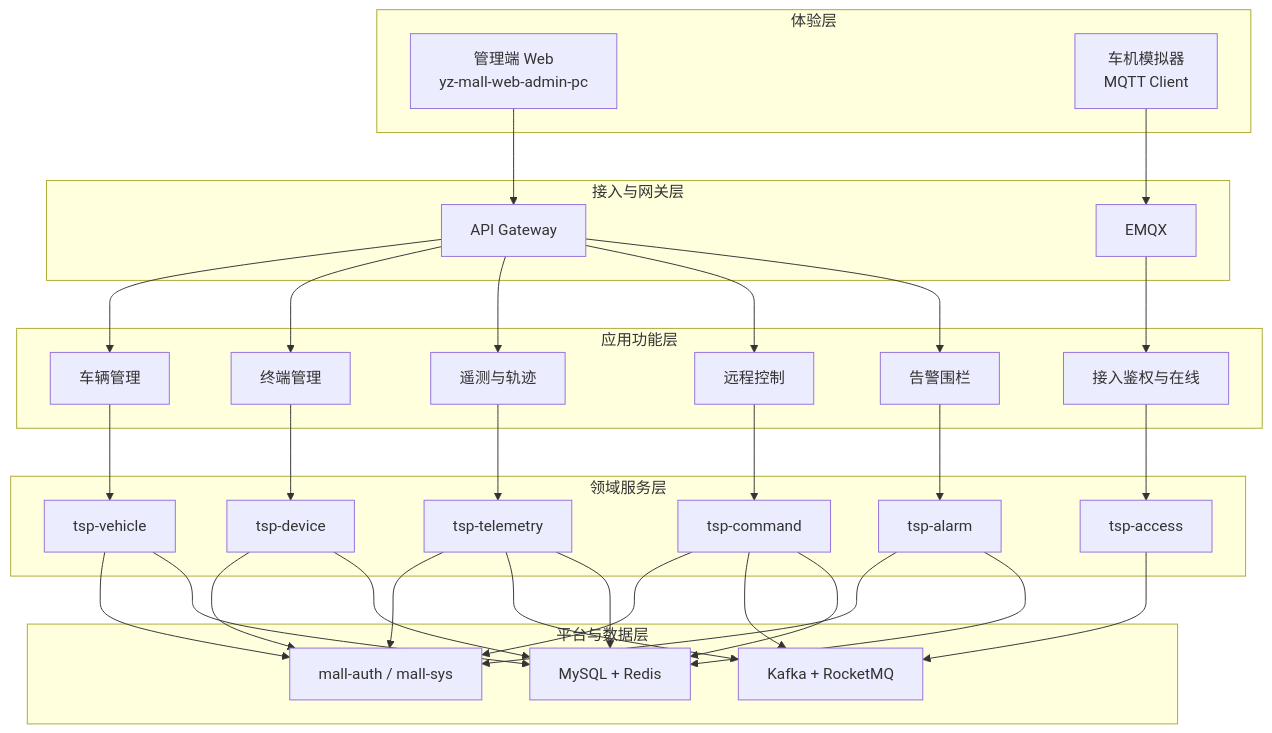
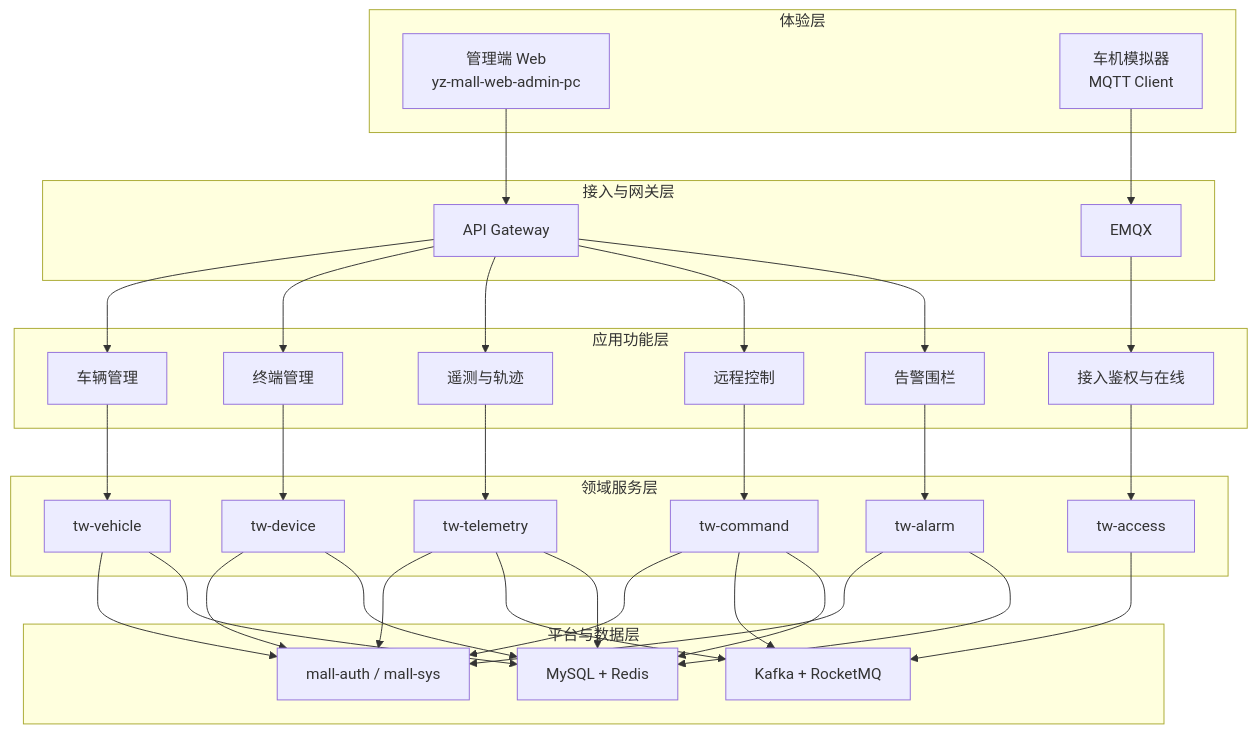
The second of 6 diagrams in docs/prepare/功能模块规划.md (codeyunze/yz-mall), drawn with Mermaid before and after one commit. The commit also changed other lines of this file and 5 other files, not shown here.

````diff
--- a/docs/prepare/功能模块规划.md
+++ b/docs/prepare/功能模块规划.md
@@ -50,50 +50,50 @@
 ```mermaid
 flowchart TB
   subgraph L1["体验层"]
     PC["管理端 Web<br/>yz-mall-web-admin-pc"]
     Sim["车机模拟器<br/>MQTT Client"]
   end
 
   subgraph L2["接入与网关层"]
     GW["API Gateway"]
     EMQX["EMQX"]
   end
 
   subgraph L3["应用功能层"]
     F1["车辆管理"]
     F2["终端管理"]
     F3["接入鉴权与在线"]
     F4["遥测与轨迹"]
     F5["远程控制"]
     F6["告警围栏"]
   end
 
   subgraph L4["领域服务层"]
-    S1["tsp-vehicle"]
-    S2["tsp-device"]
-    S3["tsp-access"]
-    S4["tsp-telemetry"]
-    S5["tsp-command"]
-    S6["tsp-alarm"]
+    S1["tw-vehicle"]
+    S2["tw-device"]
+    S3["tw-access"]
+    S4["tw-telemetry"]
+    S5["tw-command"]
+    S6["tw-alarm"]
   end
 
   subgraph L5["平台与数据层"]
     Auth["mall-auth / mall-sys"]
     MQ["Kafka + RocketMQ"]
     DB["MySQL + Redis"]
   end
 
   PC --> GW
   Sim --> EMQX
   GW --> F1 & F2 & F4 & F5 & F6
   EMQX --> F3
   F1 --> S1
   F2 --> S2
   F3 --> S3
   F4 --> S4
   F5 --> S5
   F6 --> S6
   S1 & S2 & S4 & S5 & S6 --> Auth
   S3 & S4 & S5 --> MQ
   S1 & S2 & S4 & S5 & S6 --> DB
 ```
````
